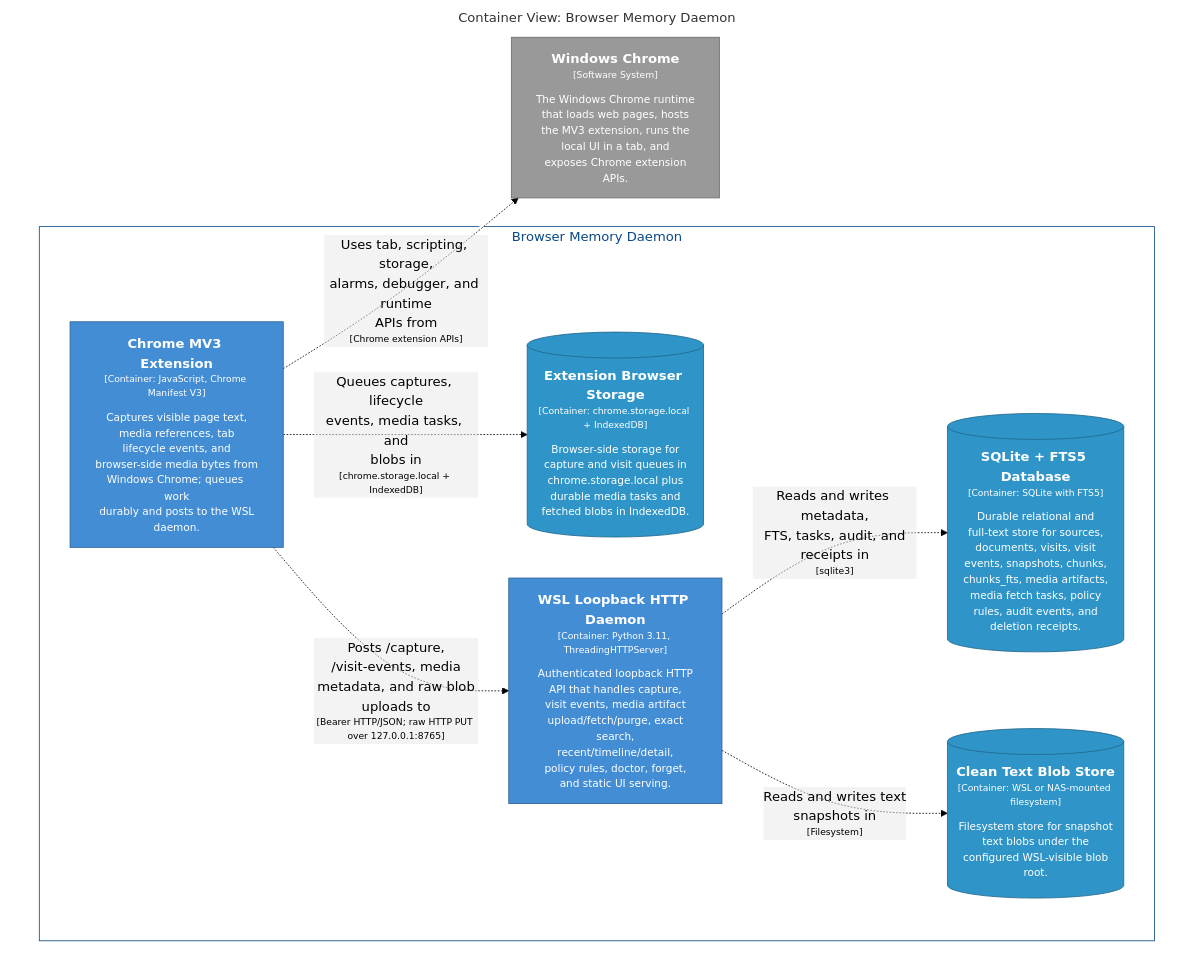
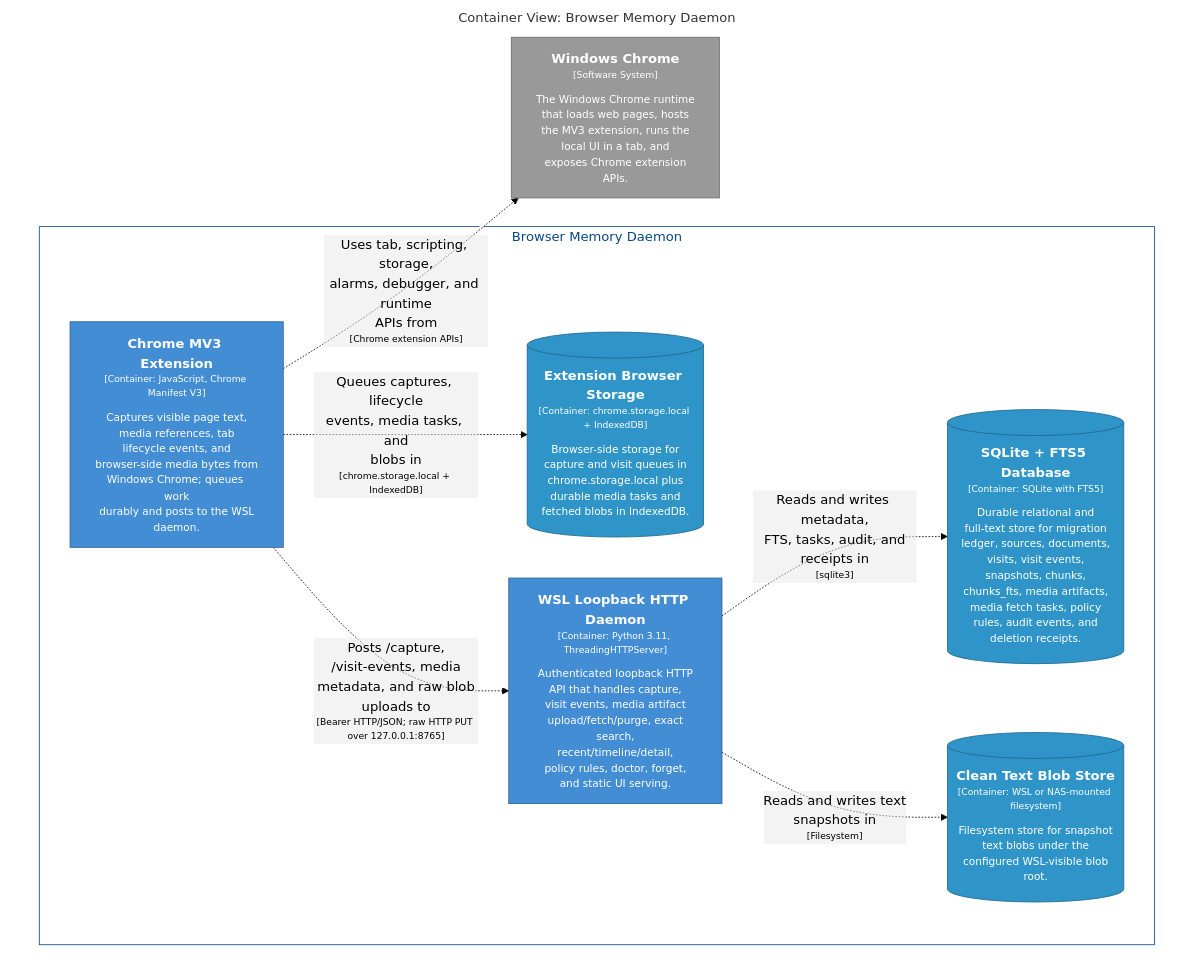
The diagram in docs/architecture/diagrams/structurizr-CaptureContainers.mmd (michaelnicks0/browser-memory-daemon), drawn with Mermaid (forest theme) before and after one commit. The commit also changed 180 other files, not shown here.

Commit message:
feat(db): add versioned migration ledger and compatibility checks

```diff
--- a/docs/architecture/diagrams/structurizr-CaptureContainers.mmd
+++ b/docs/architecture/diagrams/structurizr-CaptureContainers.mmd
@@ -1,31 +1,31 @@
 graph TB
   linkStyle default fill:#ffffff
 
   subgraph diagram ["Container View: Browser Memory Daemon"]
     style diagram fill:#ffffff,stroke:#ffffff
 
     2["<div style='font-weight: bold'>Windows Chrome</div><div style='font-size: 70%; margin-top: 0px'>[Software System]</div><div style='font-size: 80%; margin-top:10px'>The Windows Chrome runtime<br />that loads web pages, hosts<br />the MV3 extension, runs the<br />local UI in a tab, and<br />exposes Chrome extension<br />APIs.</div>"]
     style 2 fill:#999999,stroke:#6b6b6b,color:#ffffff
 
     subgraph 4 ["Browser Memory Daemon"]
       style 4 fill:#ffffff,stroke:#0b4884,color:#0b4884
 
       13[("<div style='font-weight: bold'>Extension Browser Storage</div><div style='font-size: 70%; margin-top: 0px'>[Container: chrome.storage.local + IndexedDB]</div><div style='font-size: 80%; margin-top:10px'>Browser-side storage for<br />capture and visit queues in<br />chrome.storage.local plus<br />durable media tasks and<br />fetched blobs in IndexedDB.</div>")]
       style 13 fill:#2f95c8,stroke:#20688c,color:#ffffff
       14["<div style='font-weight: bold'>WSL Loopback HTTP Daemon</div><div style='font-size: 70%; margin-top: 0px'>[Container: Python 3.11, ThreadingHTTPServer]</div><div style='font-size: 80%; margin-top:10px'>Authenticated loopback HTTP<br />API that handles capture,<br />visit events, media artifact<br />upload/fetch/purge, exact<br />search,<br />recent/timeline/detail,<br />policy rules, doctor, forget,<br />and static UI serving.</div>"]
       style 14 fill:#438dd5,stroke:#2e6295,color:#ffffff
-      27[("<div style='font-weight: bold'>SQLite + FTS5 Database</div><div style='font-size: 70%; margin-top: 0px'>[Container: SQLite with FTS5]</div><div style='font-size: 80%; margin-top:10px'>Durable relational and<br />full-text store for sources,<br />documents, visits, visit<br />events, snapshots, chunks,<br />chunks_fts, media artifacts,<br />media fetch tasks, policy<br />rules, audit events, and<br />deletion receipts.</div>")]
-      style 27 fill:#2f95c8,stroke:#20688c,color:#ffffff
-      28[("<div style='font-weight: bold'>Clean Text Blob Store</div><div style='font-size: 70%; margin-top: 0px'>[Container: WSL or NAS-mounted filesystem]</div><div style='font-size: 80%; margin-top:10px'>Filesystem store for snapshot<br />text blobs under the<br />configured WSL-visible blob<br />root.</div>")]
+      28[("<div style='font-weight: bold'>SQLite + FTS5 Database</div><div style='font-size: 70%; margin-top: 0px'>[Container: SQLite with FTS5]</div><div style='font-size: 80%; margin-top:10px'>Durable relational and<br />full-text store for migration<br />ledger, sources, documents,<br />visits, visit events,<br />snapshots, chunks,<br />chunks_fts, media artifacts,<br />media fetch tasks, policy<br />rules, audit events, and<br />deletion receipts.</div>")]
       style 28 fill:#2f95c8,stroke:#20688c,color:#ffffff
+      29[("<div style='font-weight: bold'>Clean Text Blob Store</div><div style='font-size: 70%; margin-top: 0px'>[Container: WSL or NAS-mounted filesystem]</div><div style='font-size: 80%; margin-top:10px'>Filesystem store for snapshot<br />text blobs under the<br />configured WSL-visible blob<br />root.</div>")]
+      style 29 fill:#2f95c8,stroke:#20688c,color:#ffffff
       5["<div style='font-weight: bold'>Chrome MV3 Extension</div><div style='font-size: 70%; margin-top: 0px'>[Container: JavaScript, Chrome Manifest V3]</div><div style='font-size: 80%; margin-top:10px'>Captures visible page text,<br />media references, tab<br />lifecycle events, and<br />browser-side media bytes from<br />Windows Chrome; queues work<br />durably and posts to the WSL<br />daemon.</div>"]
       style 5 fill:#438dd5,stroke:#2e6295,color:#ffffff
     end
 
     5-. "<div>Uses tab, scripting, storage,<br />alarms, debugger, and runtime<br />APIs from</div><div style='font-size: 70%'>[Chrome extension APIs]</div>" .->2
     5-. "<div>Queues captures, lifecycle<br />events, media tasks, and<br />blobs in</div><div style='font-size: 70%'>[chrome.storage.local + IndexedDB]</div>" .->13
     5-. "<div>Posts /capture,<br />/visit-events, media<br />metadata, and raw blob<br />uploads to</div><div style='font-size: 70%'>[Bearer HTTP/JSON; raw HTTP PUT over 127.0.0.1:8765]</div>" .->14
-    14-. "<div>Reads and writes metadata,<br />FTS, tasks, audit, and<br />receipts in</div><div style='font-size: 70%'>[sqlite3]</div>" .->27
-    14-. "<div>Reads and writes text<br />snapshots in</div><div style='font-size: 70%'>[Filesystem]</div>" .->28
+    14-. "<div>Reads and writes metadata,<br />FTS, tasks, audit, and<br />receipts in</div><div style='font-size: 70%'>[sqlite3]</div>" .->28
+    14-. "<div>Reads and writes text<br />snapshots in</div><div style='font-size: 70%'>[Filesystem]</div>" .->29
 
   end
```
